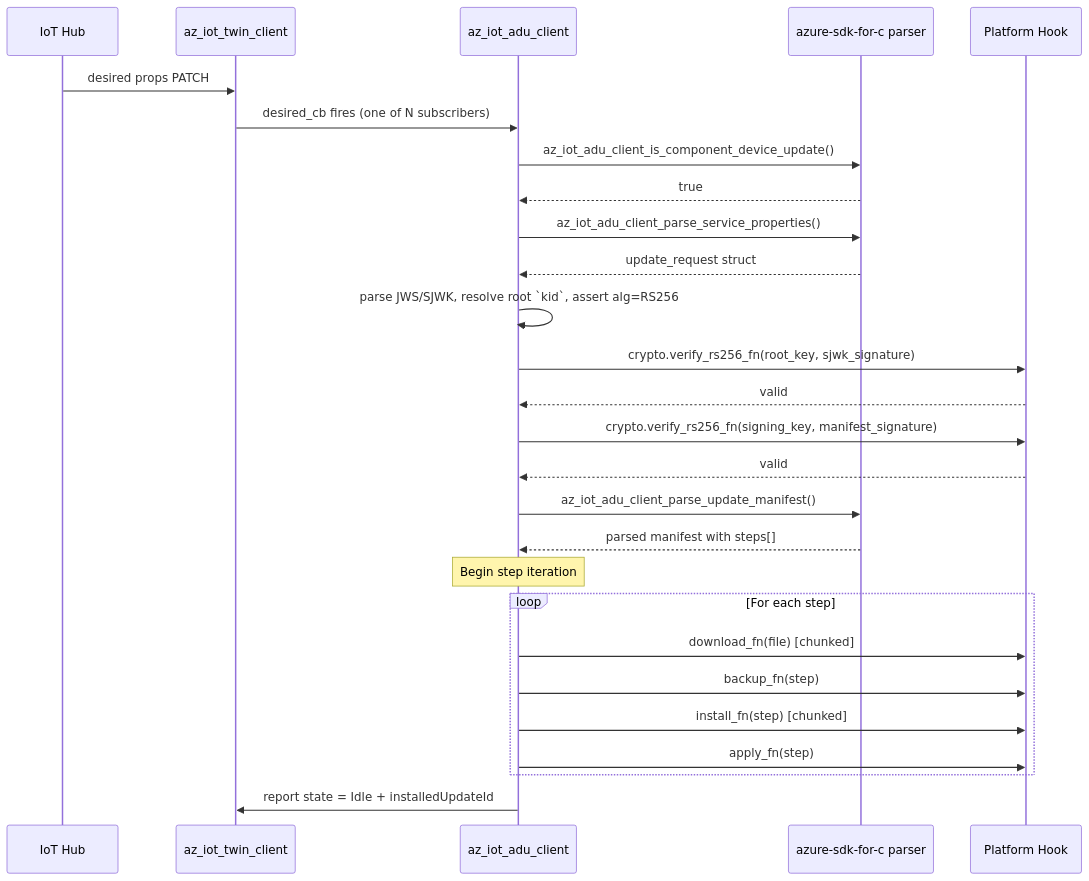
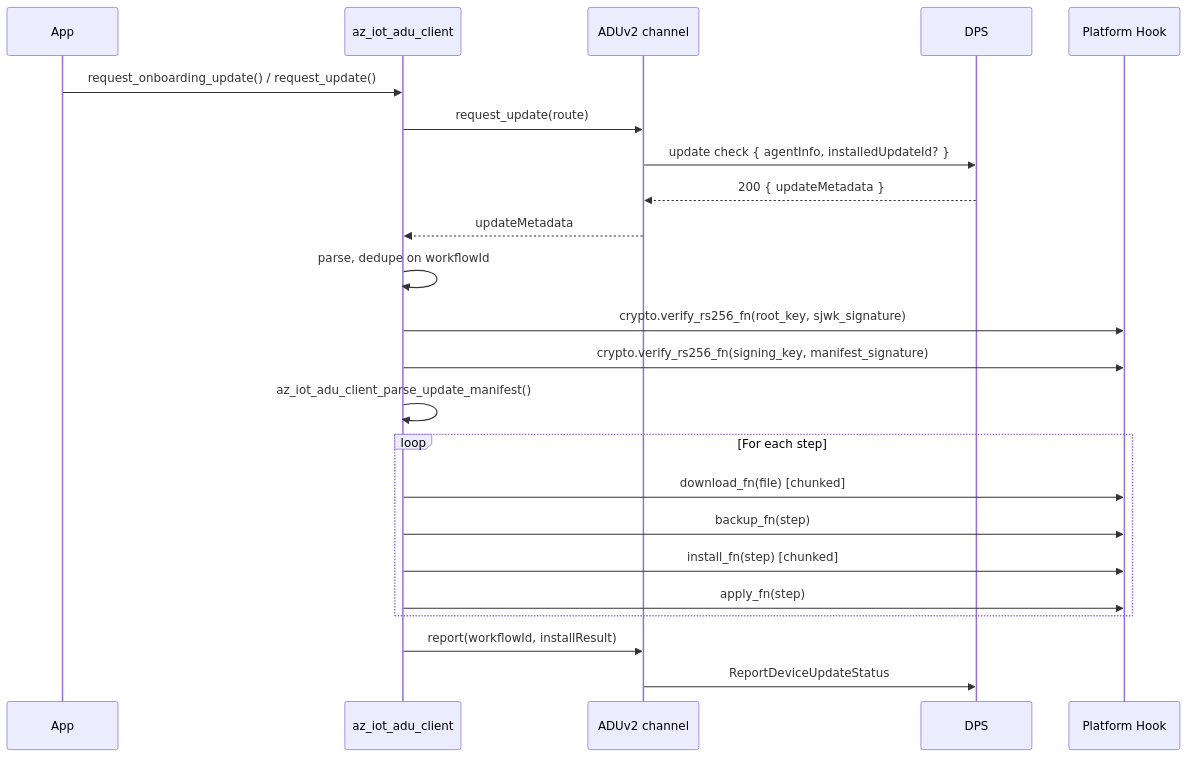
One commit to Azure/azure-iot-sdk changed the sixth of 7 diagrams in c/docs/eng/adu-client-design.md. Above: the diagram before and after it, drawn with Mermaid. The commit also changed other lines of this file and 10 other files, not shown here.

````diff
--- a/c/docs/eng/adu-client-design.md
+++ b/c/docs/eng/adu-client-design.md
@@ -1633,30 +1442,26 @@
 ```mermaid
 sequenceDiagram
-    participant Hub as IoT Hub
-    participant Twin as az_iot_twin_client
+    participant App
     participant ADU as az_iot_adu_client
-    participant AzSDK as azure-sdk-for-c parser
+    participant Ch as ADUv2 channel
+    participant DPS
     participant Hook as Platform Hook
 
-    Hub->>Twin: desired props PATCH
-    Twin->>ADU: desired_cb fires (one of N subscribers)
-    ADU->>AzSDK: az_iot_adu_client_is_component_device_update()
-    AzSDK-->>ADU: true
-    ADU->>AzSDK: az_iot_adu_client_parse_service_properties()
-    AzSDK-->>ADU: update_request struct
-    ADU->>ADU: parse JWS/SJWK, resolve root `kid`, assert alg=RS256
+    App->>ADU: request_onboarding_update() / request_update()
+    ADU->>Ch: request_update(route)
+    Ch->>DPS: update check { agentInfo, installedUpdateId? }
+    DPS-->>Ch: 200 { updateMetadata }
+    Ch-->>ADU: updateMetadata
+    ADU->>ADU: parse, dedupe on workflowId
     ADU->>Hook: crypto.verify_rs256_fn(root_key, sjwk_signature)
-    Hook-->>ADU: valid
     ADU->>Hook: crypto.verify_rs256_fn(signing_key, manifest_signature)
-    Hook-->>ADU: valid
-    ADU->>AzSDK: az_iot_adu_client_parse_update_manifest()
-    AzSDK-->>ADU: parsed manifest with steps[]
-    Note over ADU: Begin step iteration
+    ADU->>ADU: az_iot_adu_client_parse_update_manifest()
     loop For each step
         ADU->>Hook: download_fn(file) [chunked]
         ADU->>Hook: backup_fn(step)
         ADU->>Hook: install_fn(step) [chunked]
         ADU->>Hook: apply_fn(step)
     end
-    ADU->>Twin: report state = Idle + installedUpdateId
+    ADU->>Ch: report(workflowId, installResult)
+    Ch->>DPS: ReportDeviceUpdateStatus
 ```
````
